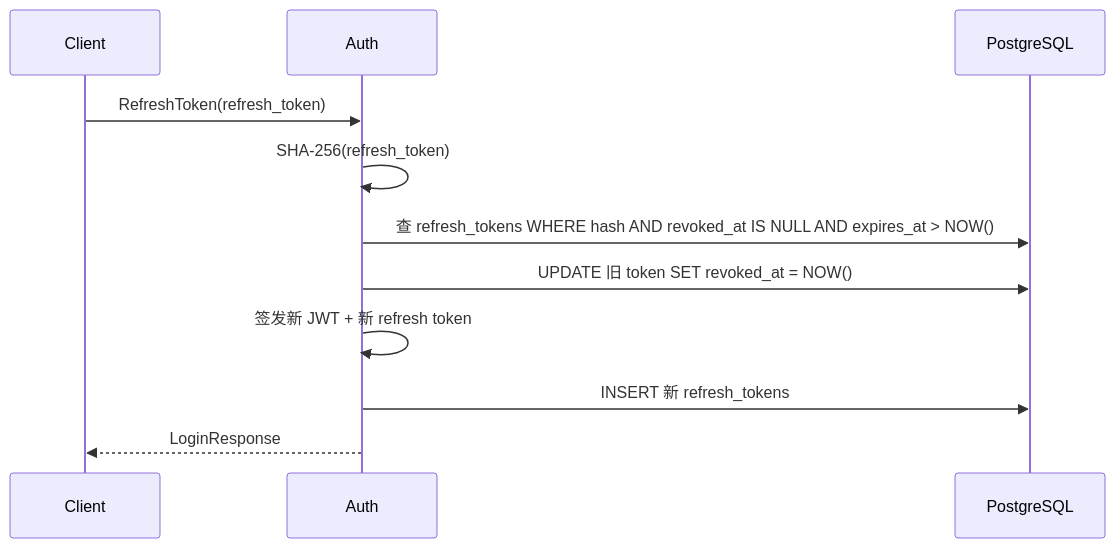
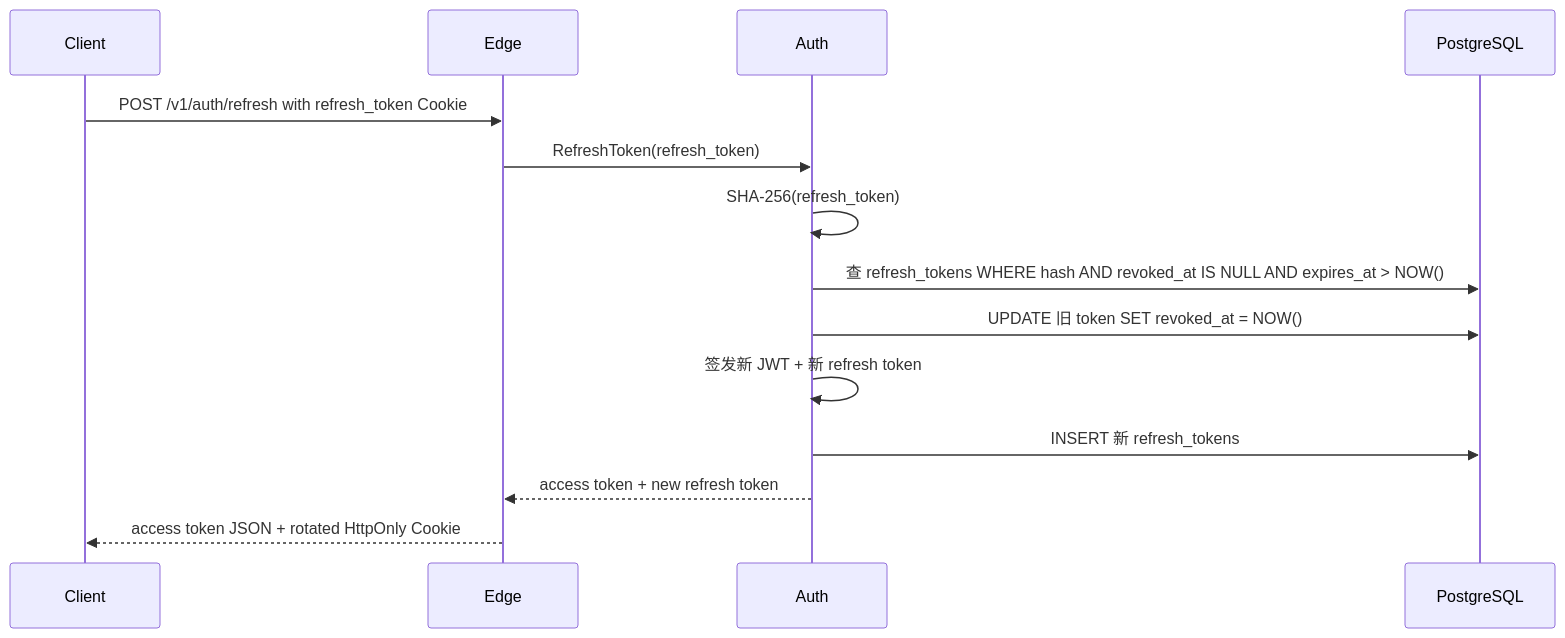
The seventh of 8 diagrams in docs/auth/DESIGN.md (HappyLadySauce/Beehive-IM), drawn with Mermaid before and after one commit. The commit also changed other lines of this file and 32 other files, not shown here.

````diff
--- a/docs/auth/DESIGN.md
+++ b/docs/auth/DESIGN.md
@@ -380,14 +396,17 @@
 ```mermaid
 sequenceDiagram
     participant C as Client
+    participant E as Edge
     participant A as Auth
     participant DB as PostgreSQL
 
-    C->>A: RefreshToken(refresh_token)
+    C->>E: POST /v1/auth/refresh with refresh_token Cookie
+    E->>A: RefreshToken(refresh_token)
     A->>A: SHA-256(refresh_token)
     A->>DB: 查 refresh_tokens WHERE hash AND revoked_at IS NULL AND expires_at > NOW()
     A->>DB: UPDATE 旧 token SET revoked_at = NOW()
     A->>A: 签发新 JWT + 新 refresh token
     A->>DB: INSERT 新 refresh_tokens
-    A-->>C: LoginResponse
+    A-->>E: access token + new refresh token
+    E-->>C: access token JSON + rotated HttpOnly Cookie
 ```
````
